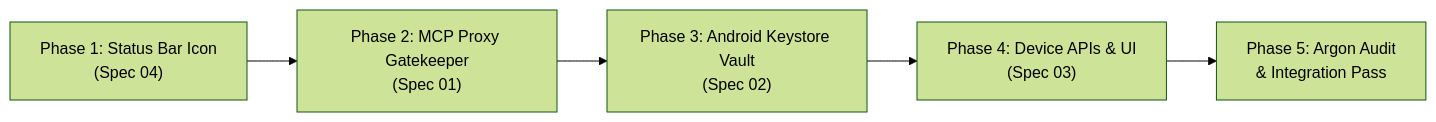
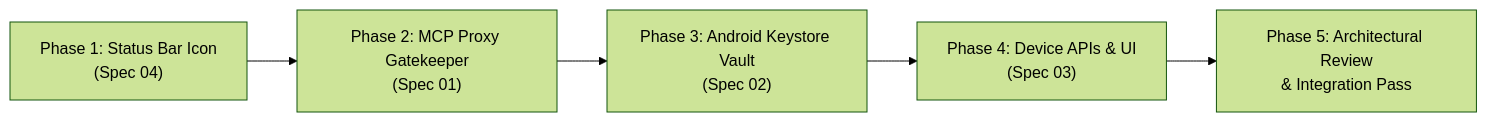
One commit to MisterMoeGreen/Antigravity-Studio-App changed the second of 2 diagrams in specs/v1.9.0/OVERVIEW_AND_IMPLEMENTATION_GUIDE.md. Above: the diagram before and after it, drawn with Mermaid (forest theme). The commit also changed other lines of this file and 8 other files, not shown here.

Commit message:
refactor: migrate audit validator to workspace review-agent skill and sanitize specs

````diff
--- a/specs/v1.9.0/OVERVIEW_AND_IMPLEMENTATION_GUIDE.md
+++ b/specs/v1.9.0/OVERVIEW_AND_IMPLEMENTATION_GUIDE.md
@@ -143,7 +143,7 @@
 ```mermaid
 flowchart LR
     G1["Phase 1: Status Bar Icon\n(Spec 04)"] --> G2["Phase 2: MCP Proxy Gatekeeper\n(Spec 01)"]
     G2 --> G3["Phase 3: Android Keystore Vault\n(Spec 02)"]
     G3 --> G4["Phase 4: Device APIs & UI\n(Spec 03)"]
-    G4 --> G5["Phase 5: Argon Audit\n& Integration Pass"]
+    G4 --> G5["Phase 5: Architectural Review\n& Integration Pass"]
 ```
````
